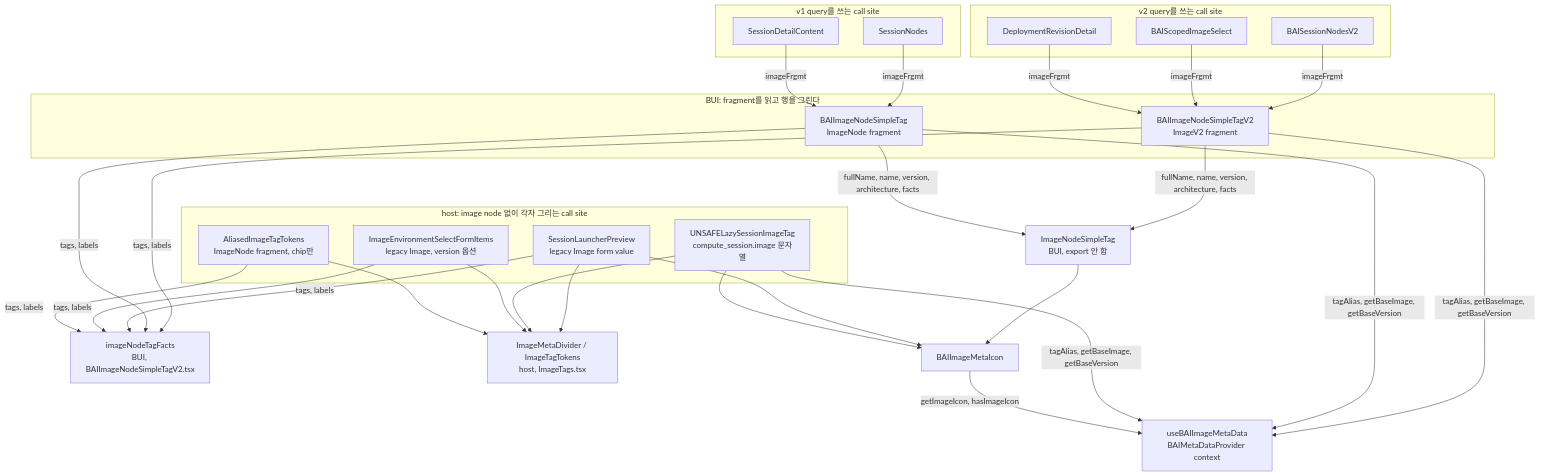
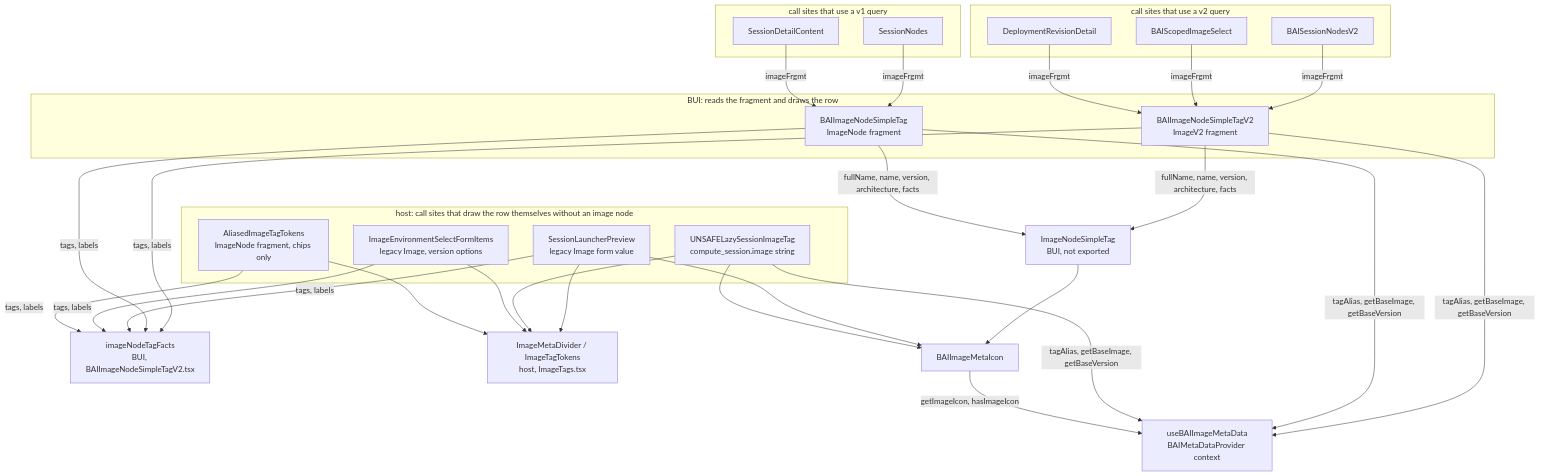
The diagram in docs/adr/0005-container-image-meta-row.md (lablup/backend.ai-webui), drawn with Mermaid before and after one commit. The commit also changed other lines of this file and 15 other files, not shown here.

First line of the commit message:
chore(#10802): translate ADR 0003–0017 and ARCHITECTURE.md into English

````diff
--- a/docs/adr/0005-container-image-meta-row.md
+++ b/docs/adr/0005-container-image-meta-row.md
@@ -39,37 +39,37 @@
 ```mermaid
 flowchart TB
-  subgraph bui["BUI: fragment를 읽고 행을 그린다"]
+  subgraph bui["BUI: reads the fragment and draws the row"]
     v2["BAIImageNodeSimpleTagV2<br/>ImageV2 fragment"]
     v1["BAIImageNodeSimpleTag<br/>ImageNode fragment"]
   end
-  subgraph v2callers["v2 query를 쓰는 call site"]
+  subgraph v2callers["call sites that use a v2 query"]
     sessionsV2["BAISessionNodesV2"]
     adminPicker["BAIScopedImageSelect"]
     revision["DeploymentRevisionDetail"]
   end
-  subgraph v1callers["v1 query를 쓰는 call site"]
+  subgraph v1callers["call sites that use a v1 query"]
     sessions["SessionNodes"]
     detail["SessionDetailContent"]
   end
-  subgraph host["host: image node 없이 각자 그리는 call site"]
+  subgraph host["host: call sites that draw the row themselves without an image node"]
     launcher["SessionLauncherPreview<br/>legacy Image form value"]
-    lazy["UNSAFELazySessionImageTag<br/>compute_session.image 문자열"]
-    envSelect["ImageEnvironmentSelectFormItems<br/>legacy Image, version 옵션"]
-    tagsOnly["AliasedImageTagTokens<br/>ImageNode fragment, chip만"]
+    lazy["UNSAFELazySessionImageTag<br/>compute_session.image string"]
+    envSelect["ImageEnvironmentSelectFormItems<br/>legacy Image, version options"]
+    tagsOnly["AliasedImageTagTokens<br/>ImageNode fragment, chips only"]
   end
-  row["ImageNodeSimpleTag<br/>BUI, export 안 함"]
+  row["ImageNodeSimpleTag<br/>BUI, not exported"]
   facts["imageNodeTagFacts<br/>BUI, BAIImageNodeSimpleTagV2.tsx"]
   parts["ImageMetaDivider / ImageTagTokens<br/>host, ImageTags.tsx"]
   icon["BAIImageMetaIcon"]
   meta["useBAIImageMetaData<br/>BAIMetaDataProvider context"]
 
   sessionsV2 & adminPicker & revision -- "imageFrgmt" --> v2
   sessions & detail -- "imageFrgmt" --> v1
   v2 & v1 -- "tags, labels" --> facts
   v2 & v1 -- "fullName, name, version, architecture, facts" --> row
   launcher & envSelect & tagsOnly -- "tags, labels" --> facts
   launcher & lazy & envSelect & tagsOnly --> parts
   row & launcher & lazy --> icon
   v2 & v1 & lazy -- "tagAlias, getBaseImage, getBaseVersion" --> meta
   icon -- "getImageIcon, hasImageIcon" --> meta
 ```
````
